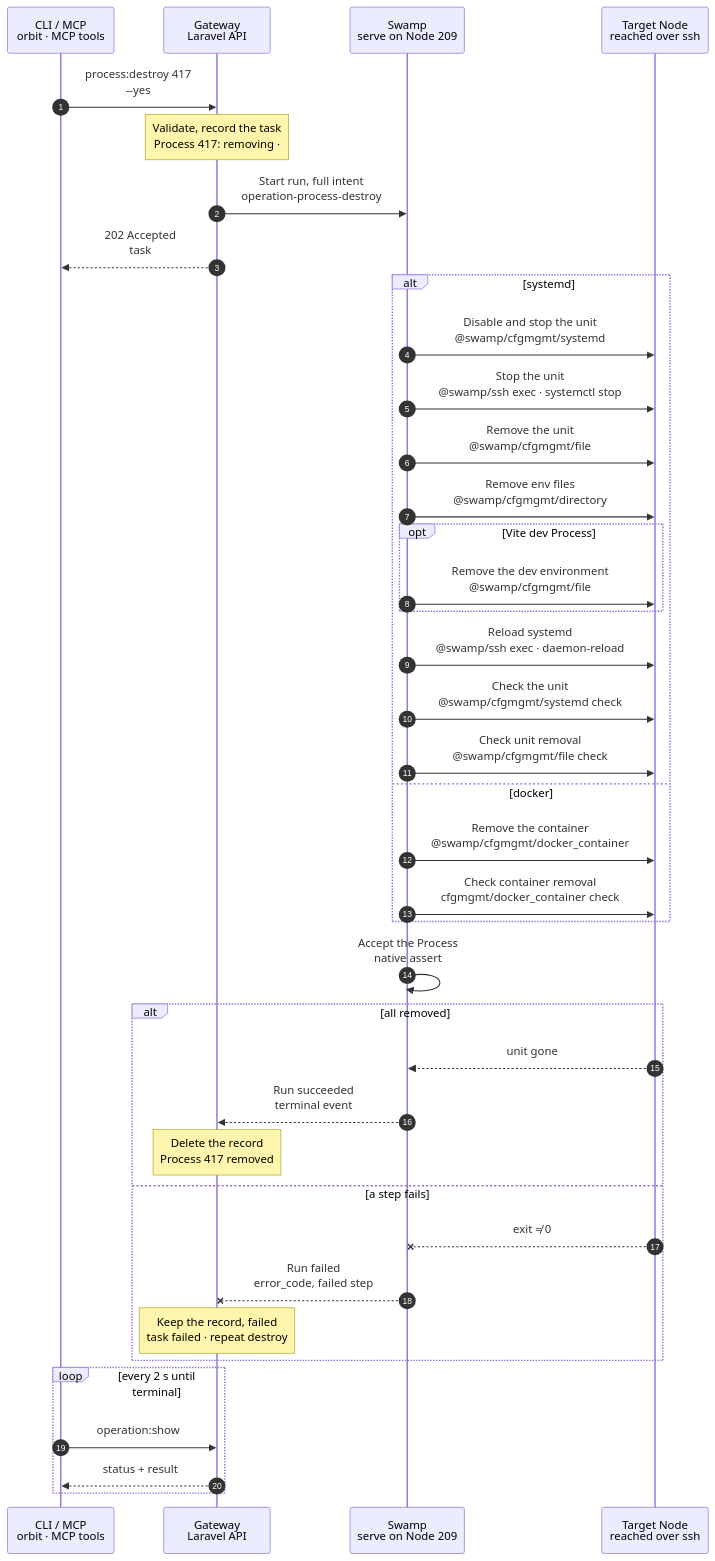
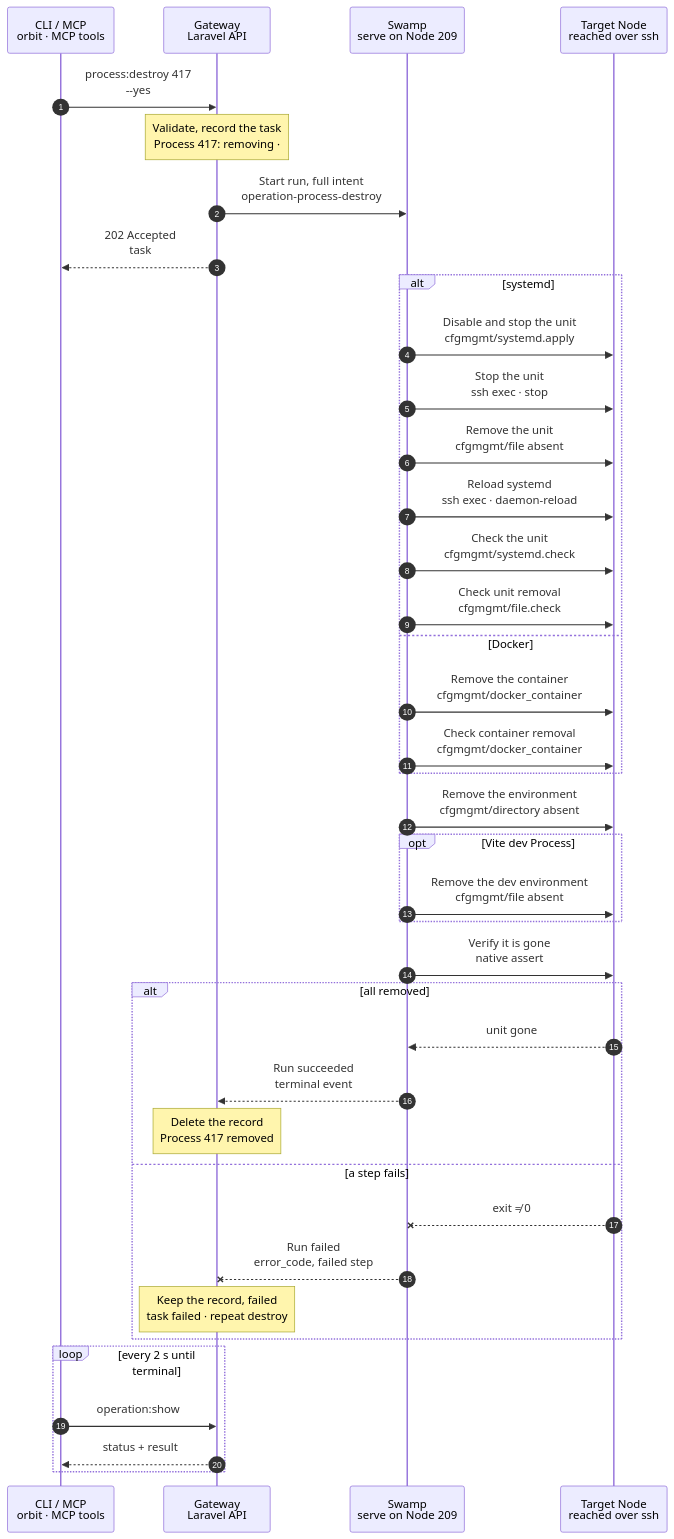
One commit to hardimpactdev/orbit changed the diagram in docs/cli/process/destroy.mmd. Above: the diagram before and after it, drawn with Mermaid. The commit also changed 63 other files, not shown here.

```diff
--- a/docs/cli/process/destroy.mmd
+++ b/docs/cli/process/destroy.mmd
@@ -1,113 +1,97 @@
 sequenceDiagram
   %% Target design: ADR 0244 task, DECISIONS 4 + R1-R4 (process.stop shape: 209, @swamp/ssh, full intent as inputs).
-  %% status: draft
+  %% Tightened: flow-tighten 2026-11-02, rules 1-22 (cfgmgmt absent applies, mirror of process:create, no shipped scripts, no report step).
+  %% status: migrated
   %% command: process:destroy
   %% kind: process.destroy
   autonumber
   %% lane CLI icon=terminal pill=caller tone=gray
   %% lane GW icon=gateway pill=intent tone=blue
   %% lane SW icon=workflow pill=executes tone=green
   %% lane N icon=server pill=target tone=amber
   participant CLI as CLI / MCP<br/>orbit · MCP tools
   participant GW as Gateway<br/>Laravel API
   participant SW as Swamp<br/>serve on Node 209
   participant N as Target Node<br/>reached over ssh
   CLI->>GW: process:destroy 417<br/>--yes
   %%> Command:
   %%> - `orbit process:destroy 417 --yes`
   %%> - syntax: `process:destroy <process> [--project=ID] [--yes] [--idempotency-key=KEY] [--json]`
   %%> Input:
   %%> - the numeric Process ID; `--yes` skips the confirmation
   %%> Not handled here:
   %%> - `--project` removes a Project definition only; it starts no run (R1)
   %%> Who can call it:
   %%> - the `orbit` CLI and the MCP tool send the same request
   Note over GW: Validate, record the task<br/>Process 417: removing · #5130
   %%> Requirements:
   %%> - your Node has an access grant to the Process's Node
   %%> - no Route points to the Process, else `process.has_routes`
   %%> - the Process is not required by a Database server
   %%> Result:
   %%> - Process 417 marked removing; the record stays until the run succeeds
   %%> - task #5130 recorded with the full intent
   GW->>SW: Start run, full intent<br/>operation-process-destroy
   %%> What it does:
   %%> - starts one Swamp run on serve (Node 209); every step runs there
   %%> Inputs:
   %%> - `kind`: process.destroy
   %%> - the unit or container name and runtime, and for Vite the Instance environment path
   %%> - the Node's address and SSH host keys; the SSH identity comes from the `swamp` role
+  %%> Checked by the input schema:
+  %%> - no step reads or re-checks the intent
   GW-->>CLI: 202 Accepted<br/>task #5130
   %%> What you get:
   %%> - the task number, at once
   %%> Next:
   %%> - the CLI follows the task with `operation:show`
   alt systemd
-    SW->>N: Disable and stop the unit<br/>@swamp/cfgmgmt/systemd
-    %%> What it does:
-    %%> - converges stopped and disabled; an absent unit is already done
-    SW->>N: Stop the unit<br/>@swamp/ssh exec · systemctl stop
-    %%> What it does:
-    %%> - stops a loaded unit, including one that is transitioning
-    SW->>N: Remove the unit<br/>@swamp/cfgmgmt/file
-    %%> What it does:
-    %%> - removes the admitted unit file
-    SW->>N: Remove env files<br/>@swamp/cfgmgmt/directory
-    %%> What it does:
-    %%> - removes the Process environment directory
-    opt Vite dev Process
-      SW->>N: Remove the dev environment<br/>@swamp/cfgmgmt/file
-      %%> What it does:
-      %%> - removes the Instance Vite environment file
-    end
-    SW->>N: Reload systemd<br/>@swamp/ssh exec · daemon-reload
-    %%> What it does:
-    %%> - reloads systemd after unit removal
-    SW->>N: Check the unit<br/>@swamp/cfgmgmt/systemd check
-    %%> Result:
-    %%> - records that the removed unit is inactive
-    SW->>N: Check unit removal<br/>@swamp/cfgmgmt/file check
-    %%> Result:
-    %%> - records whether the unit file is absent
-  else docker
-    SW->>N: Remove the container<br/>@swamp/cfgmgmt/docker_container
-    %%> What it does:
-    %%> - removes the container with ensure absent; volumes stay
-    SW->>N: Check container removal<br/>cfgmgmt/docker_container check
-    %%> Result:
-    %%> - records whether the container is absent
+    SW->>N: Disable and stop the unit<br/>cfgmgmt/systemd.apply
+    SW->>N: Stop the unit<br/>ssh exec · stop
+    SW->>N: Remove the unit<br/>cfgmgmt/file absent
+    SW->>N: Reload systemd<br/>ssh exec · daemon-reload
+    SW->>N: Check the unit<br/>cfgmgmt/systemd.check
+    SW->>N: Check unit removal<br/>cfgmgmt/file.check
+  else Docker
+    SW->>N: Remove the container<br/>cfgmgmt/docker_container
+    SW->>N: Check container removal<br/>cfgmgmt/docker_container
   end
-  SW->>SW: Accept the Process<br/>native assert
-  %%> What it does:
-  %%> - accepts only absent runtime files or an absent container
+  SW->>N: Remove the environment<br/>cfgmgmt/directory absent
+  opt Vite dev Process
+    SW->>N: Remove the dev environment<br/>cfgmgmt/file absent
+  end
+  SW->>N: Verify it is gone<br/>native assert
+  %%> Asserts absent unit/container and stopped service; data volumes remain.
   alt all removed
     N-->>SW: unit gone
     %%> Returns:
     %%> - nothing of Process 417 is left on the Node
     SW-->>GW: Run succeeded<br/>terminal event
     %%> How the Gateway learns it:
-    %%> - its shared run reader sees the terminal event and reads the result step once; Swamp never calls the Gateway
+    %%> - its shared run reader sees the terminal event and reads the end check's output; Swamp never calls the Gateway
     Note over GW: Delete the record<br/>Process 417 removed
     %%> Result:
     %%> - the Process record is deleted
     %%> - task #5130 succeeds
   else a step fails
     N--xSW: exit ≠ 0
     %%> When:
-    %%> - SSH or a runtime action fails
+    %%> - SSH fails, or something of Process 417 is still there after the removal
+    %%> How:
+    %%> - the failing step ends the run with its own exit code; there is no report step
     SW--xGW: Run failed<br/>error_code, failed step
     %%> The Gateway reads:
-    %%> - which step failed and its error code
+    %%> - which step failed and its exit code, mapped to `error_code`
     Note over GW: Keep the record, failed<br/>task failed · repeat destroy
     %%> Result:
     %%> - Process 417 keeps its record, marked with the error code
     %%> - repeat `process:destroy` to converge
   end
   loop every 2 s until terminal
     CLI->>GW: operation:show #5130
     %%> What it does:
     %%> - asks for the task status every 2 seconds until it has ended
     GW-->>CLI: status + result
     %%> Returns:
     %%> - the current status, and the result once the task has ended
   end
```
